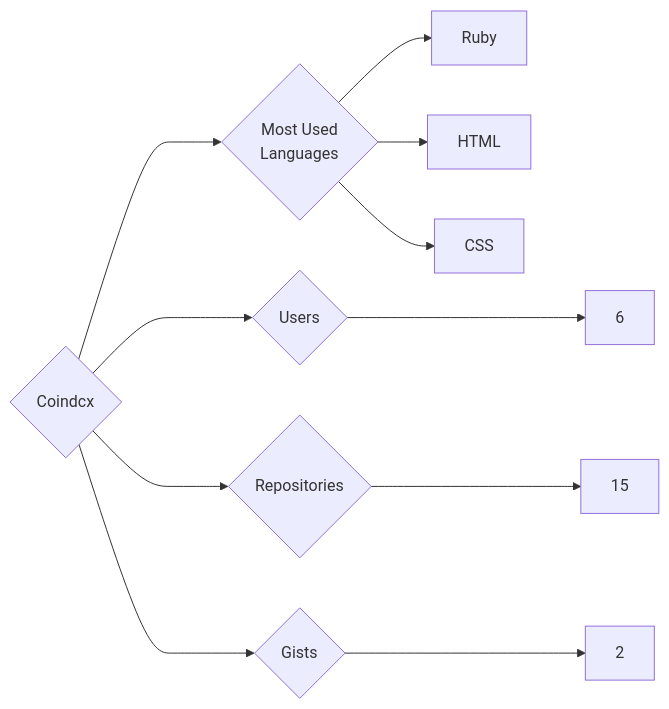
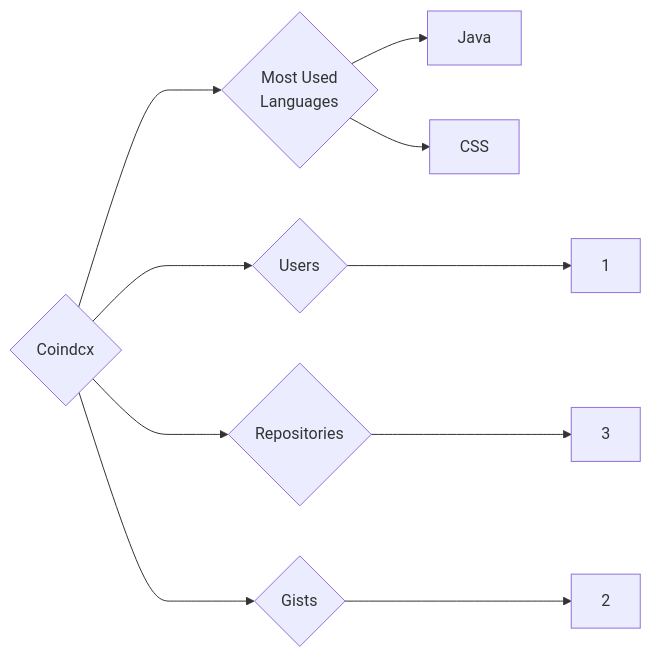
Before and after one commit to trickest/insiders: the diagram in targets/Coindcx/README.md, drawn with Mermaid. The commit also changed 618 other files, not shown here.

````diff
--- a/targets/Coindcx/README.md
+++ b/targets/Coindcx/README.md
@@ -3,11 +3,10 @@
 ```mermaid
 graph LR
 COMPANY_NAME{Coindcx}
-COMPANY_NAME ---> U{Users} ---> UN[6]
-COMPANY_NAME ---> R{Repositories} ---> RN[15]
+COMPANY_NAME ---> U{Users} ---> UN[1]
+COMPANY_NAME ---> R{Repositories} ---> RN[3]
 COMPANY_NAME ---> G{Gists} ---> GN[2]
 COMPANY_NAME ---> ML{Most Used<br>Languages}
-ML --> Ruby[Ruby]
-ML --> HTML[HTML]
+ML --> Java[Java]
 ML --> CSS[CSS]
 ```
````
